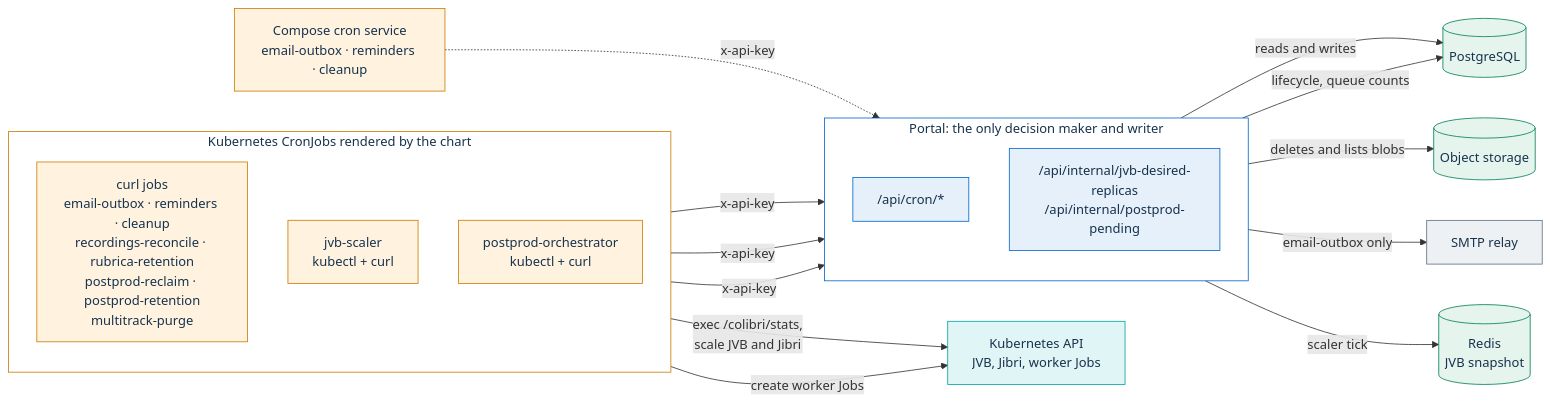
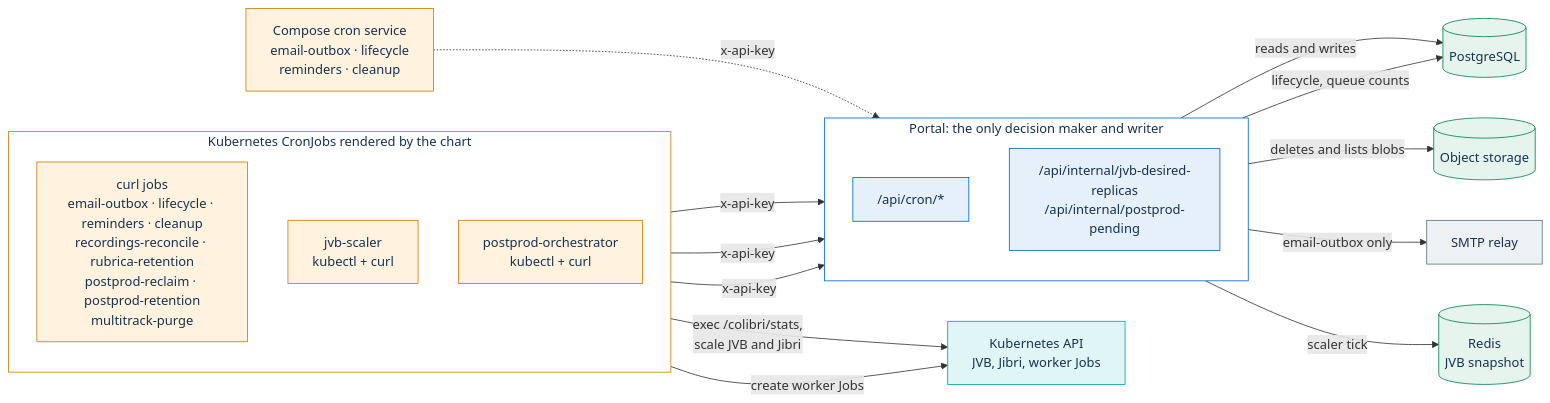
The first of 3 diagrams in docs/architecture/background-jobs.md (italia/pa-webinar), drawn with Mermaid before and after one commit. The commit also changed other lines of this file and 45 other files, not shown here.

````diff
--- a/docs/architecture/background-jobs.md
+++ b/docs/architecture/background-jobs.md
@@ -27,42 +27,42 @@
 ```mermaid
 flowchart LR
   subgraph K8S["Kubernetes CronJobs rendered by the chart"]
     direction TB
-    CURL["curl jobs<br/>email-outbox · reminders · cleanup<br/>recordings-reconcile · rubrica-retention<br/>postprod-reclaim · postprod-retention<br/>multitrack-purge"]:::job
+    CURL["curl jobs<br/>email-outbox · lifecycle · reminders · cleanup<br/>recordings-reconcile · rubrica-retention<br/>postprod-reclaim · postprod-retention<br/>multitrack-purge"]:::job
     SCALER["jvb-scaler<br/>kubectl + curl"]:::job
     ORCH["postprod-orchestrator<br/>kubectl + curl"]:::job
   end
-  COMPOSE["Compose cron service<br/>email-outbox · reminders · cleanup"]:::job
+  COMPOSE["Compose cron service<br/>email-outbox · lifecycle<br/>reminders · cleanup"]:::job
 
   subgraph PORTAL["Portal: the only decision maker and writer"]
     direction TB
     CRON["/api/cron/*"]:::portal
     INTERNAL["/api/internal/jvb-desired-replicas<br/>/api/internal/postprod-pending"]:::portal
   end
 
   PG[("PostgreSQL")]:::data
   OBJ[("Object storage")]:::data
   RD[("Redis<br/>JVB snapshot")]:::data
   SMTP["SMTP relay"]:::ext
   KAPI["Kubernetes API<br/>JVB, Jibri, worker Jobs"]:::media
 
   CURL -->|"x-api-key"| CRON
   COMPOSE -.->|"x-api-key"| CRON
   SCALER -->|"x-api-key"| INTERNAL
   ORCH -->|"x-api-key"| INTERNAL
   CRON -->|"reads and writes"| PG
   CRON -->|"deletes and lists blobs"| OBJ
   CRON -->|"email-outbox only"| SMTP
   INTERNAL -->|"lifecycle, queue counts"| PG
   INTERNAL -->|"scaler tick"| RD
   SCALER -->|"exec /colibri/stats,<br/>scale JVB and Jibri"| KAPI
   ORCH -->|"create worker Jobs"| KAPI
 
   classDef job fill:#FFF3E0,stroke:#CC7A00,color:#17324D
   classDef portal fill:#E6F0FA,stroke:#0066CC,color:#17324D
   classDef data fill:#E6F4EE,stroke:#008055,color:#17324D
   classDef ext fill:#EEF1F4,stroke:#5C6F82,color:#17324D
   classDef media fill:#E0F5F5,stroke:#00A3A3,color:#17324D
   style K8S fill:#FFFFFF,stroke:#CC7A00,color:#17324D
   style PORTAL fill:#FFFFFF,stroke:#0066CC,color:#17324D
 ```
````
